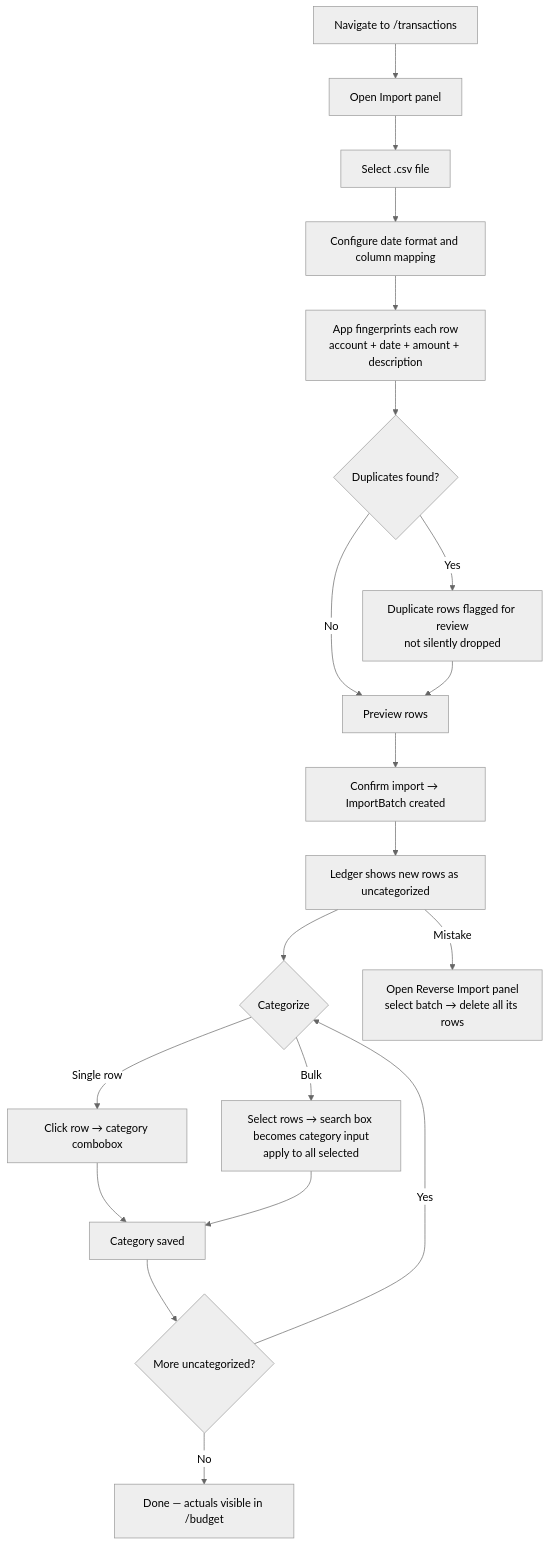
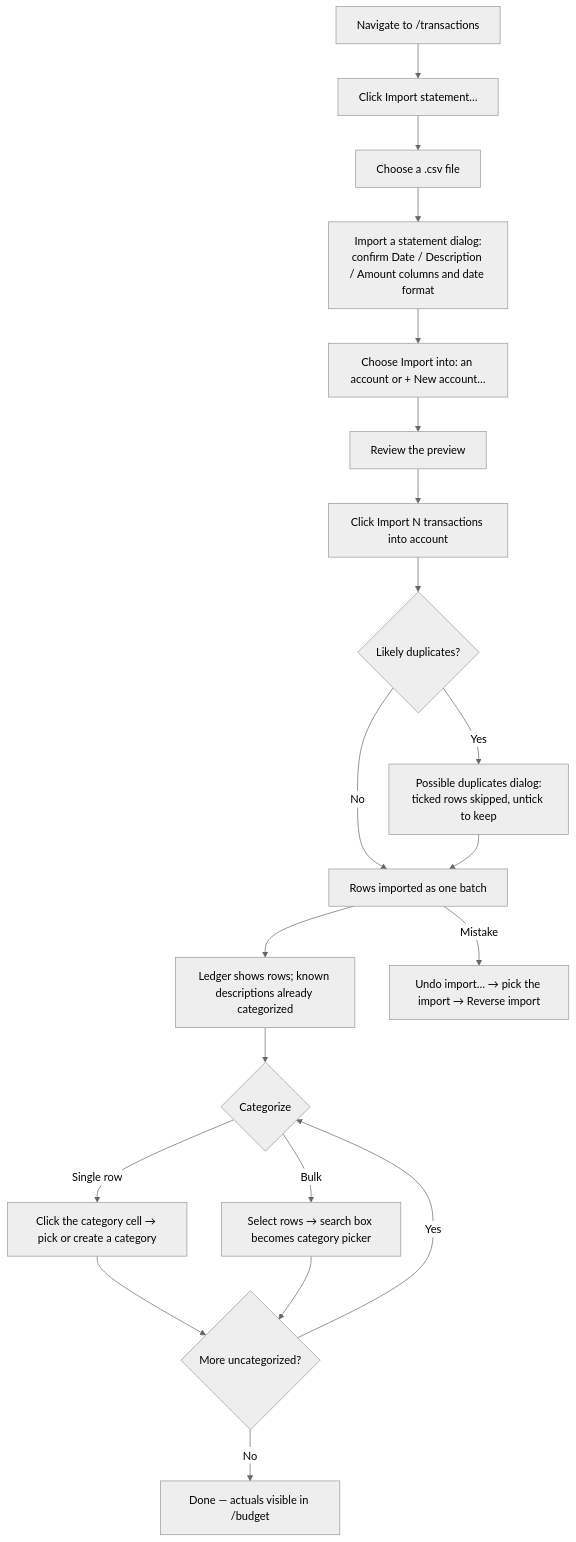
The diagram in docs/user-journeys/import-transactions-and-categorize.md (JRRS1982/halcyon), drawn with Mermaid (neutral theme) before and after one commit. The commit also changed other lines of this file and 44 other files, not shown here.

````diff
--- a/docs/user-journeys/import-transactions-and-categorize.md
+++ b/docs/user-journeys/import-transactions-and-categorize.md
@@ -10,22 +10,22 @@
 ```mermaid
 flowchart TD
-    A[Navigate to /transactions] --> B[Open Import panel]
-    B --> C[Select .csv file]
-    C --> D[Configure date format and column mapping]
-    D --> E[App fingerprints each row\naccount + date + amount + description]
-    E --> F{Duplicates found?}
-    F -->|Yes| G[Duplicate rows flagged for review\nnot silently dropped]
-    F -->|No| H[Preview rows]
-    G --> H
-    H --> I[Confirm import → ImportBatch created]
-    I --> J[Ledger shows new rows as uncategorized]
-    J --> K{Categorize}
-    K -->|Single row| L[Click row → category combobox]
-    K -->|Bulk| M[Select rows → search box becomes category input\napply to all selected]
-    L --> N[Category saved]
-    M --> N
-    N --> O{More uncategorized?}
-    O -->|Yes| K
+    A[Navigate to /transactions] --> B[Click Import statement…]
+    B --> C[Choose a .csv file]
+    C --> D[Import a statement dialog:\nconfirm Date / Description / Amount columns and date format]
+    D --> E[Choose Import into: an account or + New account…]
+    E --> F[Review the preview]
+    F --> G[Click Import N transactions into account]
+    G --> H{Likely duplicates?}
+    H -->|Yes| I[Possible duplicates dialog:\nticked rows skipped, untick to keep]
+    H -->|No| J[Rows imported as one batch]
+    I --> J
+    J --> K[Ledger shows rows; known descriptions already categorized]
+    K --> L{Categorize}
+    L -->|Single row| M[Click the category cell → pick or create a category]
+    L -->|Bulk| N[Select rows → search box becomes category picker]
+    M --> O{More uncategorized?}
+    N --> O
+    O -->|Yes| L
     O -->|No| P[Done — actuals visible in /budget]
-    J -->|Mistake| Q[Open Reverse Import panel\nselect batch → delete all its rows]
+    J -->|Mistake| Q[Undo import… → pick the import → Reverse import]
 ```
````
